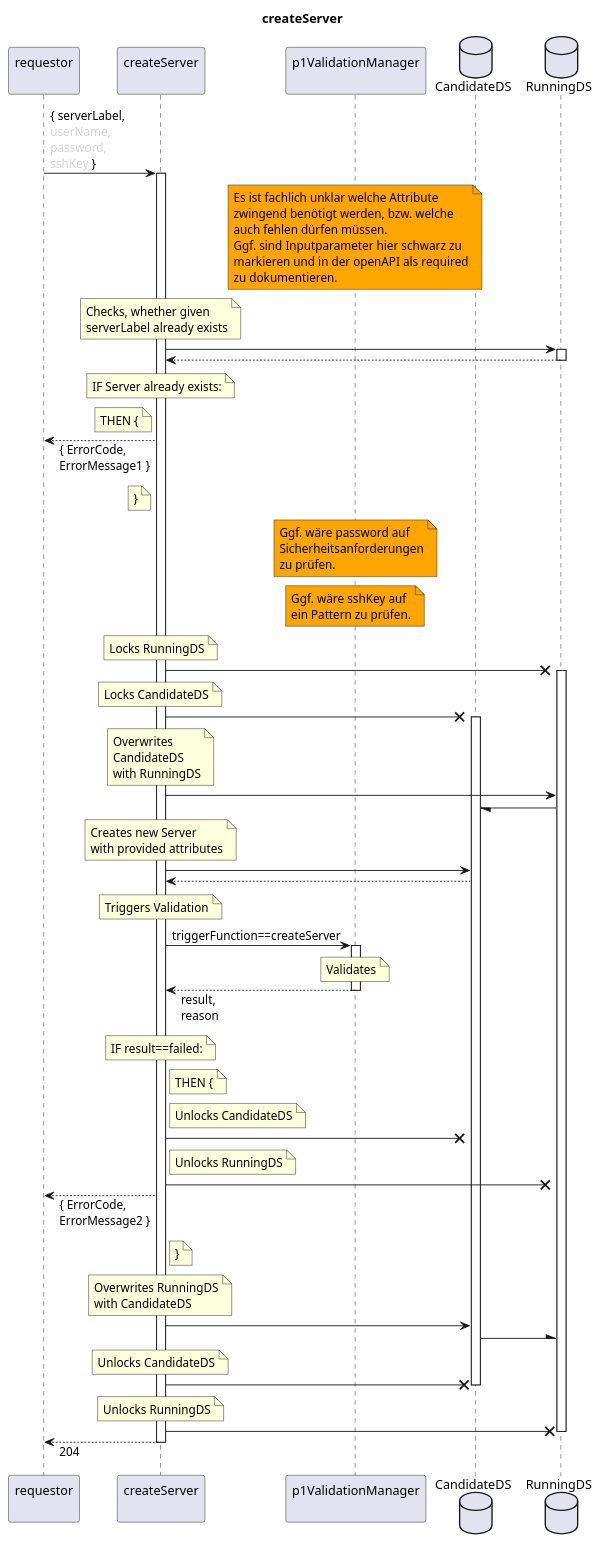
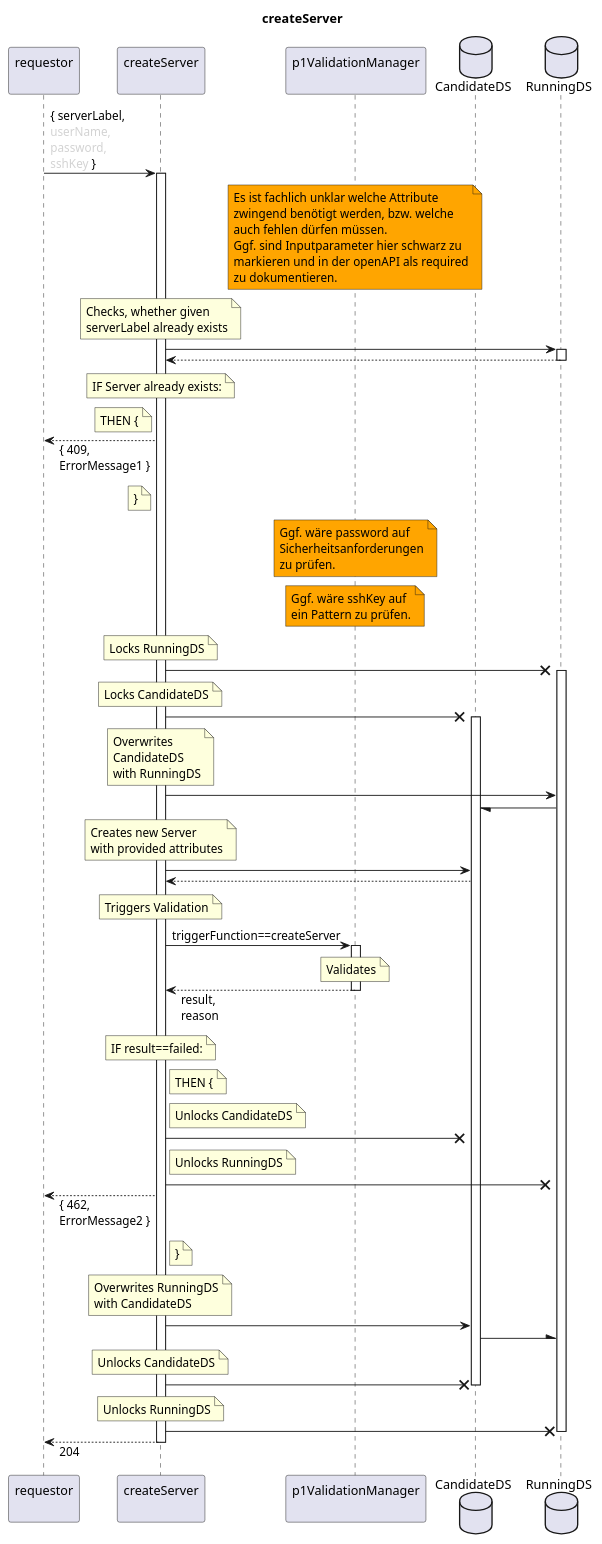
One commit to openBackhaul/FirmWareManager changed the diagram in spec/Services/createServer/1.0.0/createServer.plantuml. Above: the diagram before and after it, drawn with PlantUML. The commit also changed 89 other files, not shown here.

```diff
--- a/spec/Services/createServer/1.0.0/createServer.plantuml
+++ b/spec/Services/createServer/1.0.0/createServer.plantuml
@@ -1,130 +1,130 @@
 @startuml createServer
 skinparam responseMessageBelowArrow true
 
 title
   createServer
 end title
 
 participant "requestor\n" as requestor
 participant "createServer\n" as indServ
 participant "p1ValidationManager\n" as valiMan
 database "CandidateDS" as CanDS
 database "RunningDS" as RunDS
 
 requestor -> indServ: { serverLabel,\n<color:LightGray>userName,\n<color:LightGray>password,\n<color:LightGray>sshKey</color> }
 activate indServ
 
   note over valiMan #Orange
     Es ist fachlich unklar welche Attribute
     zwingend benötigt werden, bzw. welche
     auch fehlen dürfen müssen.
     Ggf. sind Inputparameter hier schwarz zu
     markieren und in der openAPI als required
     zu dokumentieren.
   end note
 
   note over indServ
     Checks, whether given
     serverLabel already exists
   end note
   indServ -> RunDS
   activate RunDS
   indServ <-- RunDS
   deactivate RunDS
   note over indServ
     IF Server already exists:
   end note
   note left indServ
     THEN {
   end note
-  requestor <-- indServ: { ErrorCode,\nErrorMessage1 }
+  requestor <-- indServ: { 409,\nErrorMessage1 }
   note left indServ
     }
   end note
 
   note over valiMan #Orange
     Ggf. wäre password auf
     Sicherheitsanforderungen
     zu prüfen.
   end note
 
   note over valiMan #Orange
     Ggf. wäre sshKey auf
     ein Pattern zu prüfen.
   end note
 
   note over indServ
     Locks RunningDS
   end note
   indServ -X RunDS
   activate RunDS
   note over indServ
     Locks CandidateDS
   end note
   indServ -X CanDS
   activate CanDS
   note over indServ
     Overwrites
     CandidateDS
     with RunningDS
   end note
   indServ -> RunDS
   RunDS -/ CanDS
 
   note over indServ
     Creates new Server
     with provided attributes
   end note
   indServ -> CanDS
   indServ <-- CanDS
 
   note over indServ
     Triggers Validation
   end note
   indServ -> valiMan: triggerFunction==createServer
   activate valiMan
     note over valiMan
       Validates
     end note
   indServ <-- valiMan: result,\nreason
   deactivate valiMan
   note over indServ
     IF result==failed:
   end note
   note right indServ
     THEN {
   end note
   note right indServ
     Unlocks CandidateDS
   end note
   indServ -X CanDS
   note right indServ
     Unlocks RunningDS
   end note
   indServ -X RunDS
-  requestor <-- indServ: { ErrorCode,\nErrorMessage2 }
+  requestor <-- indServ: { 462,\nErrorMessage2 }
   note right indServ
     }
   end note
 
   note over indServ
     Overwrites RunningDS
     with CandidateDS
   end note
   indServ -> CanDS
   CanDS -\ RunDS
   note over indServ
     Unlocks CandidateDS
   end note
   indServ -X CanDS
   deactivate CanDS
   note over indServ
     Unlocks RunningDS
   end note
   indServ -X RunDS
   deactivate RunDS
 
 requestor <-- indServ: 204
 deactivate indServ
 
 @enduml
```
